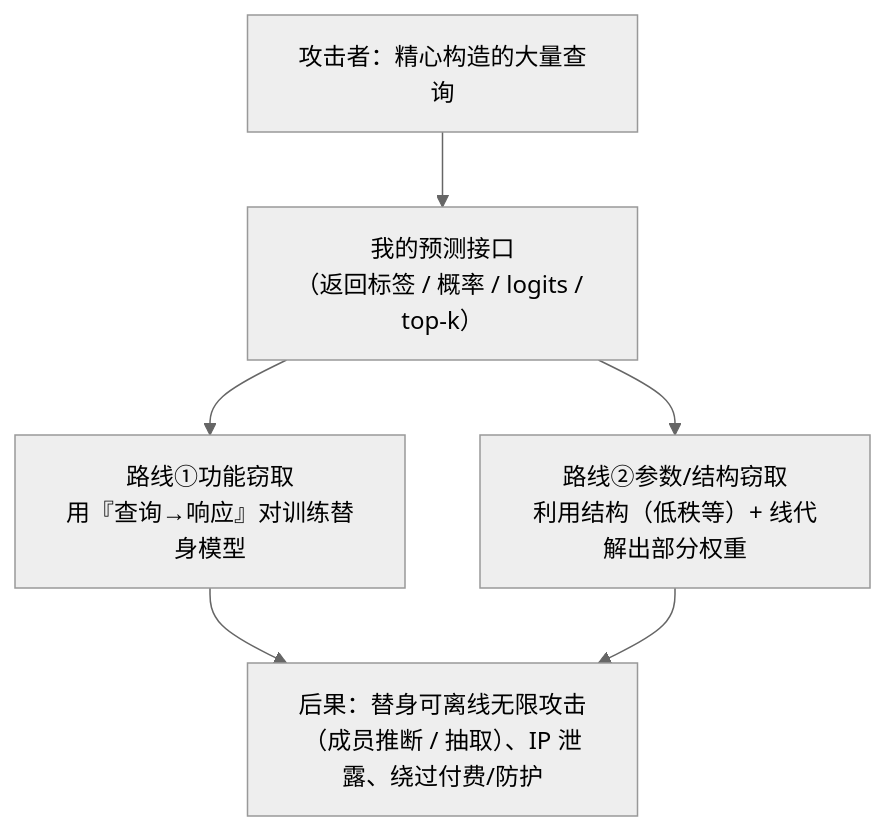
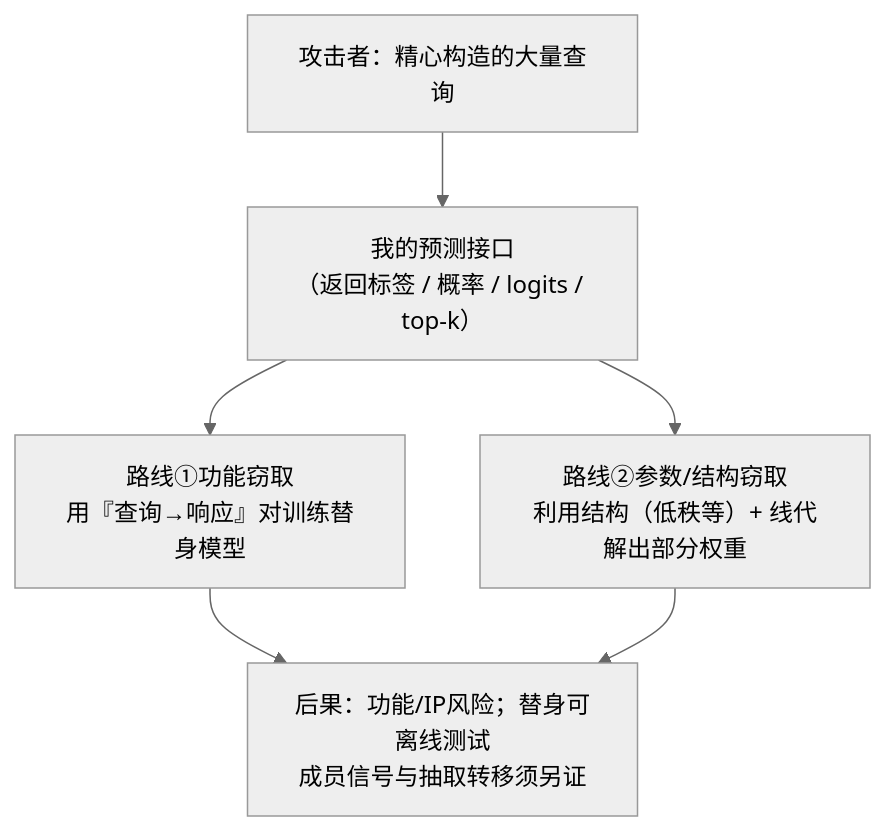
The diagram in privacy/01-foundations/model-extraction-stealing.mdx (XuebinMa/AIWiki), drawn with Mermaid (neutral theme) before and after one commit. The commit also changed other lines of this file and 325 other files, not shown here.

````diff
--- a/privacy/01-foundations/model-extraction-stealing.mdx
+++ b/privacy/01-foundations/model-extraction-stealing.mdx
@@ -34,8 +37,8 @@
 ```mermaid
 flowchart TB
     Q["攻击者：精心构造的大量查询"] --> API["我的预测接口<br/>（返回标签 / 概率 / logits / top-k）"]
     API --> P1["路线①功能窃取<br/>用『查询→响应』对训练替身模型"]
     API --> P2["路线②参数/结构窃取<br/>利用结构（低秩等）+ 线代解出部分权重"]
-    P1 --> R["后果：替身可离线无限攻击<br/>（成员推断 / 抽取）、IP 泄露、绕过付费/防护"]
+    P1 --> R["后果：功能/IP风险；替身可离线测试<br/>成员信号与抽取转移须另证"]
     P2 --> R
 ```
````
